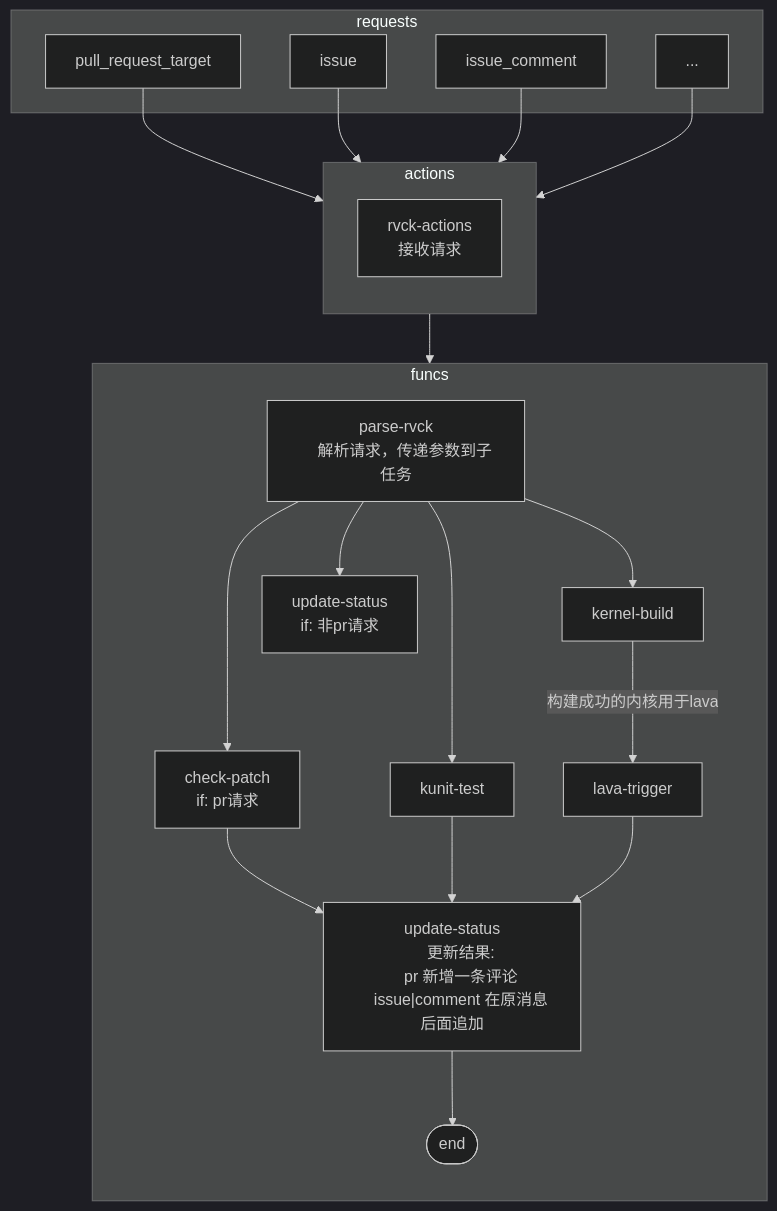
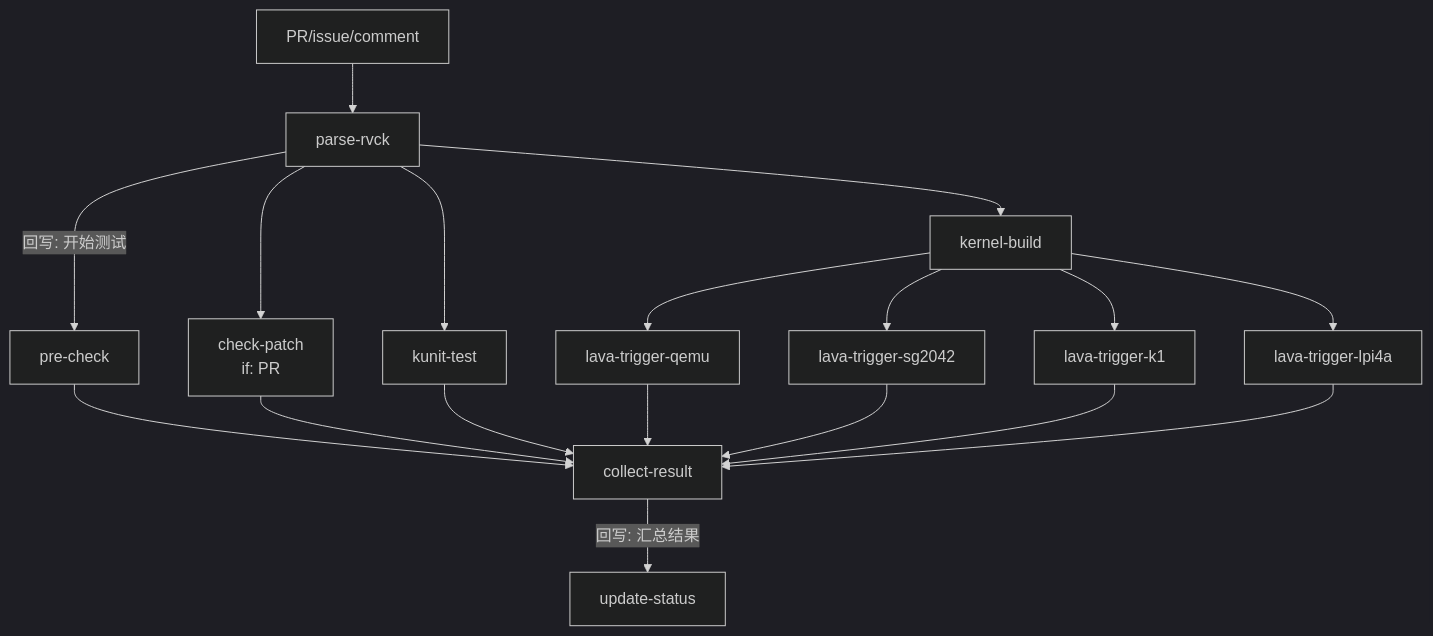
One commit to OERV-RVCI/RVCK-RAVA changed the third of 4 diagrams in README.md. Above: the diagram before and after it, drawn with Mermaid (dark theme). The commit also changed other lines of this file, not shown here.

````diff
--- a/README.md
+++ b/README.md
@@ -120,55 +132,20 @@
 ```mermaid
 flowchart TB
-    subgraph requests
-    pr["pull_request_target"]
-    issue["issue"]
-    comment["issue_comment"]
-    other_req["..."]
-    end
-
-    subgraph actions
-    direction TB
-    rvck-actions["rvck-actions
-    接收请求
-    "]
-    end
-    
-    pr --> rvck-actions
-    issue --> rvck-actions
-    comment --> rvck-actions
-    other_req --> rvck-actions
-
-    subgraph funcs
-    direction TB
-    
-    parse-rvck["parse-rvck
-    解析请求，传递参数到子任务
-    "] --> check-patch["check-patch
-    if: pr请求
-    "]
-    
-    parse-rvck --> kunit-test
-
-    parse-rvck --> kernel-build --构建成功的内核用于lava--> lava-trigger
-    
-    
-    parse-rvck --> update-status1["update-status
-    if: 非pr请求
-    "]
-
-    update-status2["update-status
-    更新结果:
-    pr 新增一条评论
-    issue|comment 在原消息后面追加
-    "]
-    
-    check-patch --> update-status2
-    kunit-test --> update-status2
-    lava-trigger --> update-status2
-    update-status2 --> End([end])
-
-    end
-    
-    rvck-actions --> parse-rvck
-    
+  REQ[PR/issue/comment] --> PARSE[parse-rvck]
+  PARSE -->|回写: 开始测试| PRE[pre-check]
+  PARSE --> CP[check-patch<br/>if: PR]
+  PARSE --> KU[kunit-test]
+  PARSE --> KB[kernel-build]
+  KB --> LQ[lava-trigger-qemu]
+  KB --> LS[lava-trigger-sg2042]
+  KB --> LK[lava-trigger-k1]
+  KB --> LL[lava-trigger-lpi4a]
+  PRE --> DONE[collect-result]
+  CP --> DONE[collect-result]
+  KU --> DONE
+  LQ --> DONE
+  LS --> DONE
+  LK --> DONE
+  LL --> DONE
+  DONE -->|回写: 汇总结果| END[update-status]
 ```
````
